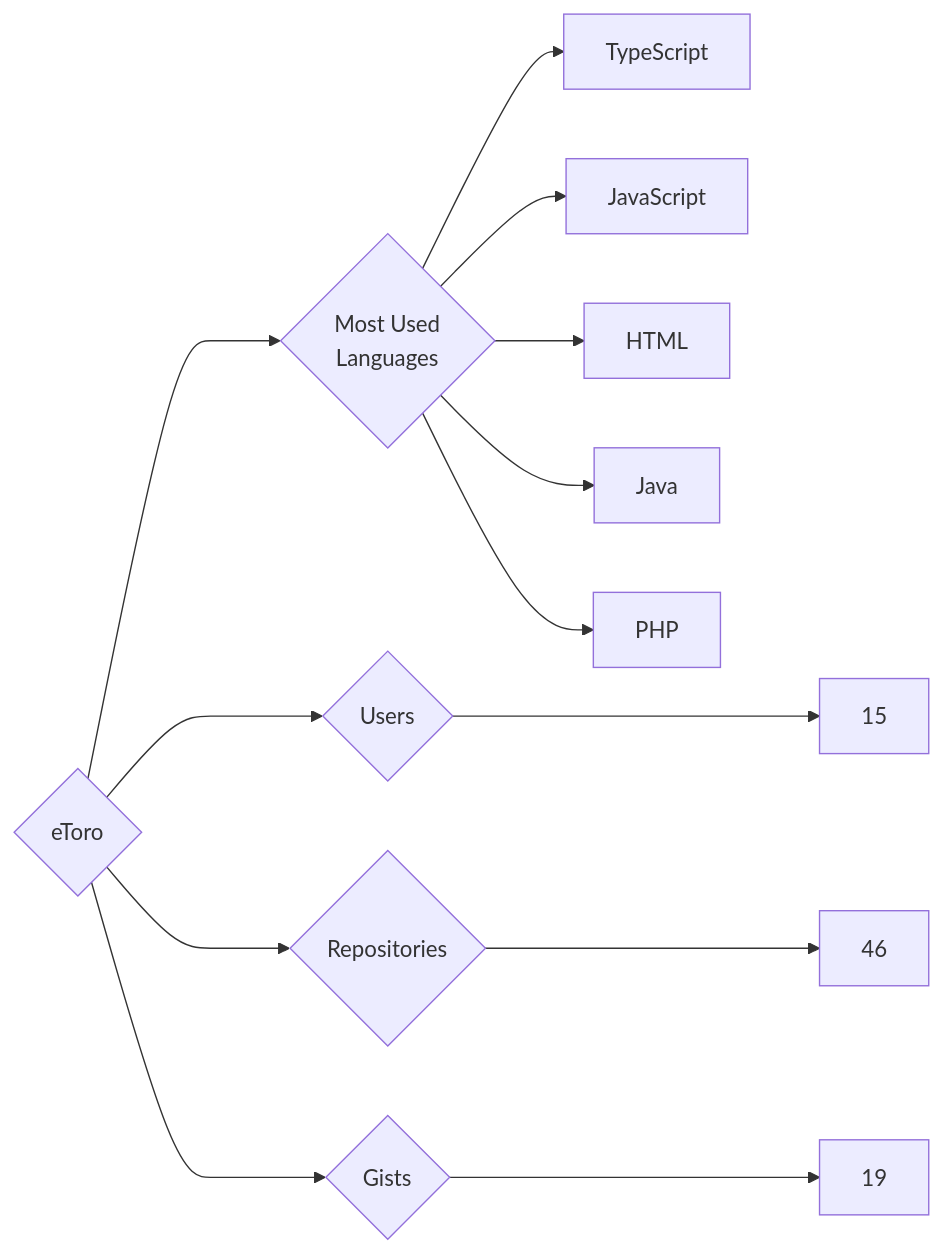
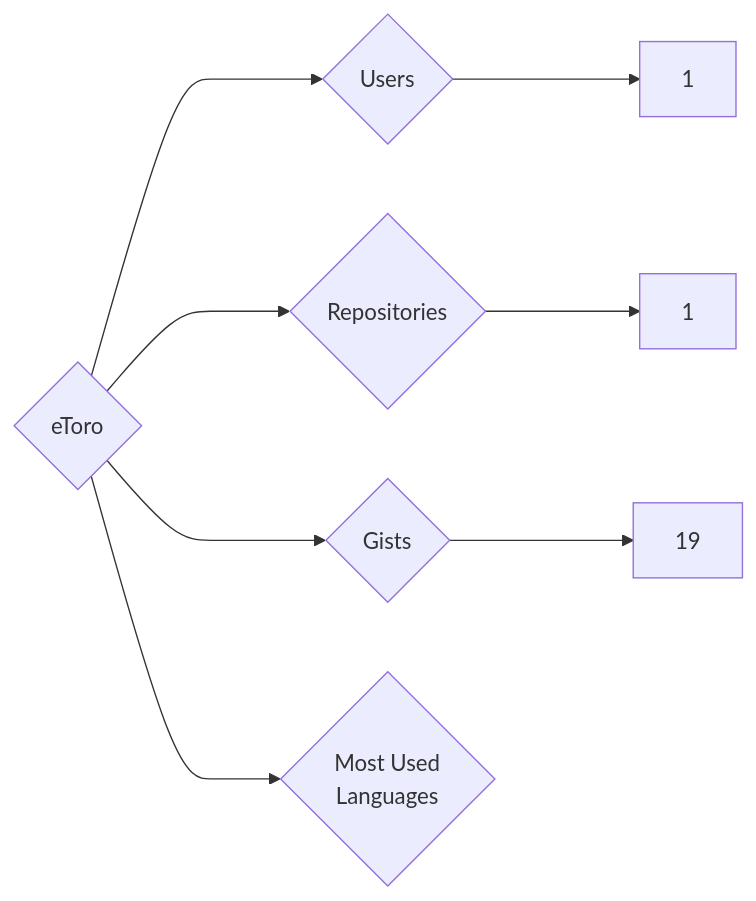
One commit to trickest/insiders changed the diagram in targets/eToro/README.md. Above: the diagram before and after it, drawn with Mermaid. The commit also changed 898 other files, not shown here.

````diff
--- a/targets/eToro/README.md
+++ b/targets/eToro/README.md
@@ -3,13 +3,8 @@
 ```mermaid
 graph LR
 COMPANY_NAME{eToro}
-COMPANY_NAME ---> U{Users} ---> UN[15]
-COMPANY_NAME ---> R{Repositories} ---> RN[46]
+COMPANY_NAME ---> U{Users} ---> UN[1]
+COMPANY_NAME ---> R{Repositories} ---> RN[1]
 COMPANY_NAME ---> G{Gists} ---> GN[19]
 COMPANY_NAME ---> ML{Most Used<br>Languages}
-ML --> TypeScript[TypeScript]
-ML --> JavaScript[JavaScript]
-ML --> HTML[HTML]
-ML --> Java[Java]
-ML --> PHP[PHP]
 ```
````
